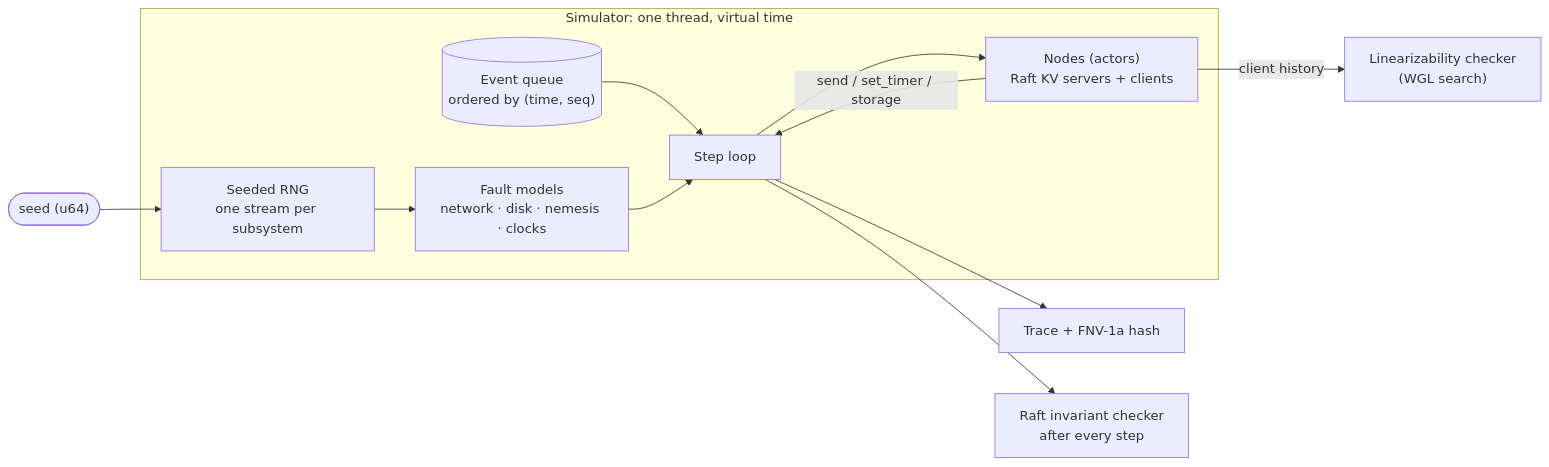
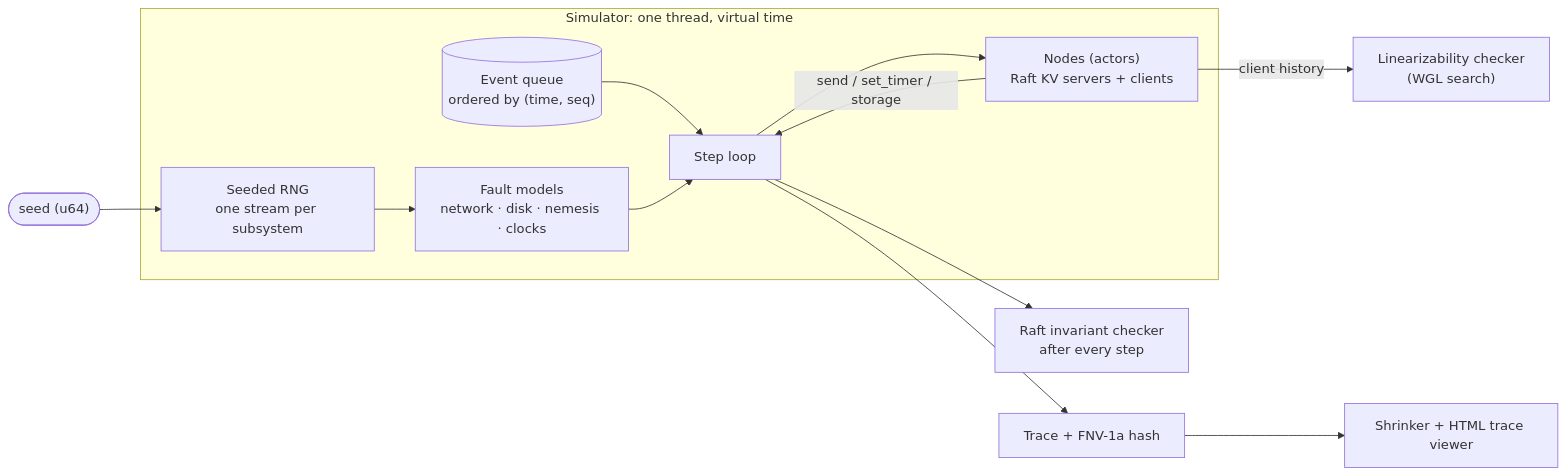
Before and after one commit to Devansh061105/dst-sim: the diagram in README.md, drawn with Mermaid. The commit also changed other lines of this file and 38 other files, not shown here.

First line of the commit message:
Add shrinking, trace viewer, corruption recovery, ReadIndex, snapshots, real mode (Phase 7)

````diff
--- a/README.md
+++ b/README.md
@@ -64,14 +93,15 @@
 ```mermaid
 flowchart LR
     seed(["seed (u64)"]) --> rng["Seeded RNG<br/>one stream per subsystem"]
     subgraph sim["Simulator: one thread, virtual time"]
         rng --> faults["Fault models<br/>network · disk · nemesis · clocks"]
         queue[("Event queue<br/>ordered by (time, seq)")] --> step["Step loop"]
         faults --> step
         step --> nodes["Nodes (actors)<br/>Raft KV servers + clients"]
         nodes -- "send / set_timer / storage" --> step
     end
     step --> trace["Trace + FNV-1a hash"]
     step --> inv["Raft invariant checker<br/>after every step"]
     nodes -- "client history" --> lin["Linearizability checker<br/>(WGL search)"]
+    trace --> viewer["Shrinker + HTML trace viewer"]
 ```
````
